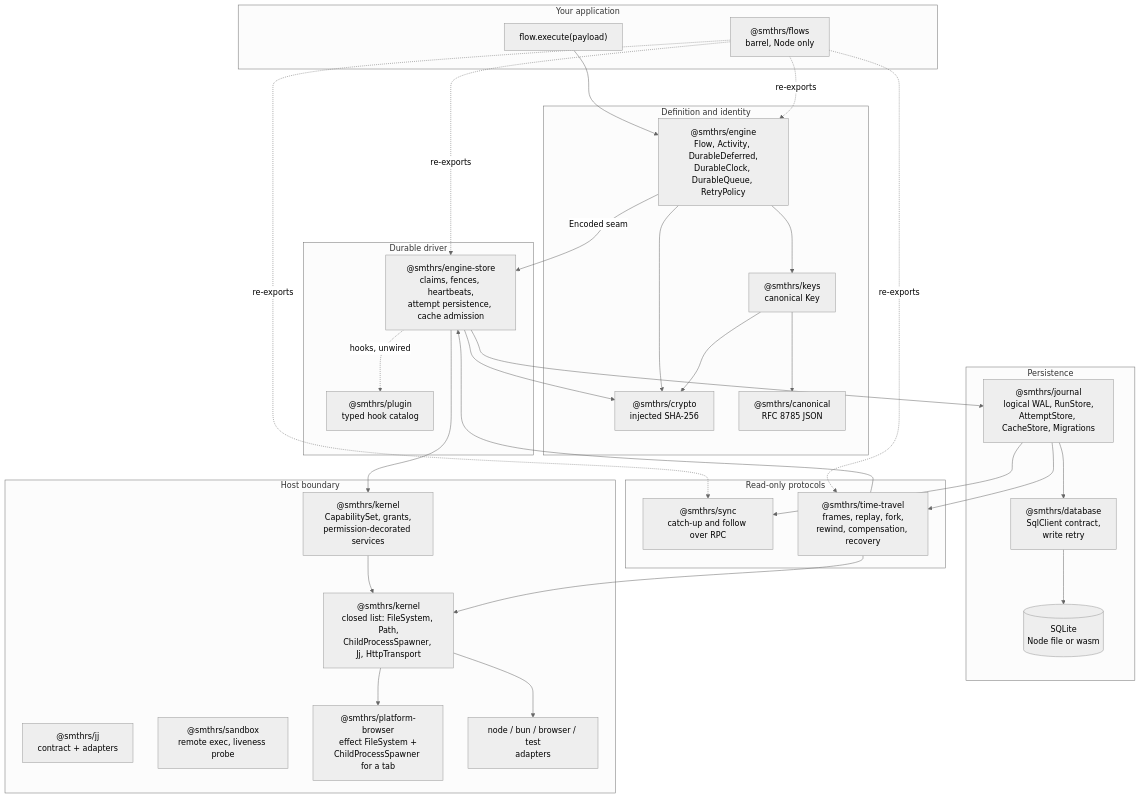
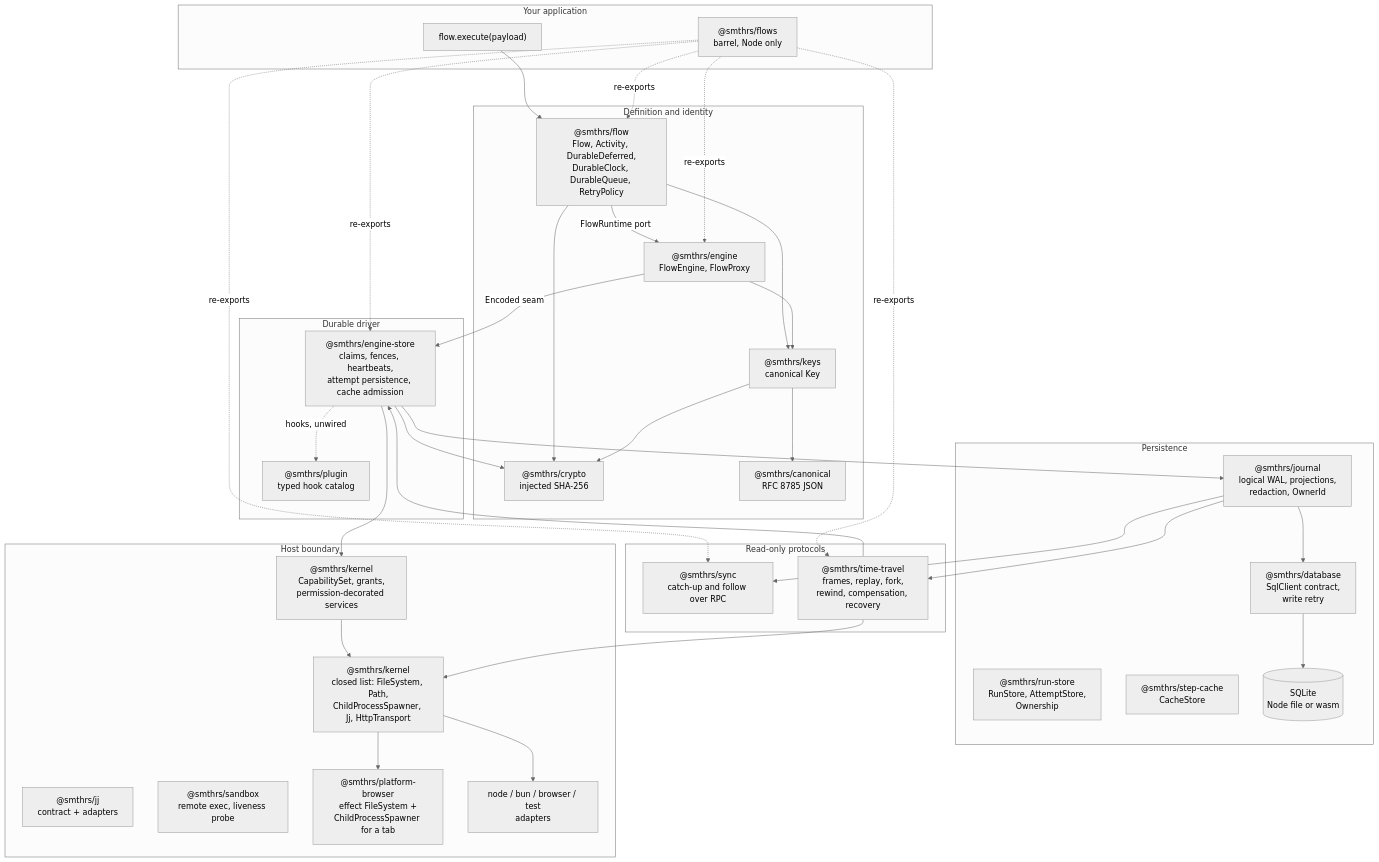
Before and after one commit to smithersai/flows: the first of 2 diagrams in docs/pages/architecture.md, drawn with Mermaid (neutral theme). The commit also changed other lines of this file and 50 other files, not shown here.

Commit message:
📝 docs: rewrite the pages for the capability, flow, run-store, and step-cache splits

````diff
--- a/docs/pages/architecture.md
+++ b/docs/pages/architecture.md
@@ -7,63 +7,69 @@
 ```mermaid
 flowchart TB
   subgraph app["Your application"]
     CALL["flow.execute(payload)"]
     BARREL["@smthrs/flows<br/>barrel, Node only"]
   end
 
   subgraph define["Definition and identity"]
-    ENGINE["@smthrs/engine<br/>Flow, Activity, DurableDeferred,<br/>DurableClock, DurableQueue, RetryPolicy"]
+    FLOW["@smthrs/flow<br/>Flow, Activity, DurableDeferred,<br/>DurableClock, DurableQueue, RetryPolicy"]
+    ENGINE["@smthrs/engine<br/>FlowEngine, FlowProxy"]
     KEYS["@smthrs/keys<br/>canonical Key"]
     CRYPTO["@smthrs/crypto<br/>injected SHA-256"]
     CANONICAL["@smthrs/canonical<br/>RFC 8785 JSON"]
   end
 
   subgraph drive["Durable driver"]
     STORE["@smthrs/engine-store<br/>claims, fences, heartbeats,<br/>attempt persistence, cache admission"]
     PLUGIN["@smthrs/plugin<br/>typed hook catalog"]
   end
 
   subgraph persist["Persistence"]
-    JOURNAL["@smthrs/journal<br/>logical WAL, RunStore,<br/>AttemptStore, CacheStore, Migrations"]
+    JOURNAL["@smthrs/journal<br/>logical WAL, projections,<br/>redaction, OwnerId"]
+    RUNSTORE["@smthrs/run-store<br/>RunStore, AttemptStore,<br/>Ownership"]
+    STEPCACHE["@smthrs/step-cache<br/>CacheStore"]
     DB["@smthrs/database<br/>SqlClient contract,<br/>write retry"]
     SQL[("SQLite<br/>Node file or wasm")]
   end
 
   subgraph guard["Host boundary"]
     KERNEL["@smthrs/kernel<br/>CapabilitySet, grants,<br/>permission-decorated services"]
     HOST["@smthrs/kernel<br/>closed list: FileSystem, Path,<br/>ChildProcessSpawner, Jj, HttpTransport"]
     JJ["@smthrs/jj<br/>contract + adapters"]
     SANDBOX["@smthrs/sandbox<br/>remote exec, liveness probe"]
     PB["@smthrs/platform-browser<br/>effect FileSystem +<br/>ChildProcessSpawner for a tab"]
     ADAPTERS["node / bun / browser / test<br/>adapters"]
   end
 
   subgraph read["Read-only protocols"]
     SYNC["@smthrs/sync<br/>catch-up and follow over RPC"]
     TT["@smthrs/time-travel<br/>frames, replay, fork,<br/>rewind, compensation, recovery"]
   end
 
-  CALL --> ENGINE
+  CALL --> FLOW
+  FLOW -->|FlowRuntime port| ENGINE
+  BARREL -.re-exports.-> FLOW
   BARREL -.re-exports.-> ENGINE
   BARREL -.re-exports.-> STORE
   BARREL -.re-exports.-> SYNC
   BARREL -.re-exports.-> TT
+  FLOW --> KEYS
+  FLOW --> CRYPTO
   ENGINE --> KEYS
-  ENGINE --> CRYPTO
   KEYS --> CANONICAL
   KEYS --> CRYPTO
   ENGINE -->|Encoded seam| STORE
   STORE --> JOURNAL
   STORE --> CRYPTO
   STORE --> KERNEL
   STORE -.hooks, unwired.-> PLUGIN
   JOURNAL --> DB
   DB --> SQL
   KERNEL --> HOST
   HOST --> ADAPTERS
   HOST --> PB
   JOURNAL --> SYNC
   JOURNAL --> TT
   TT --> STORE
   TT --> HOST
 ```
````
